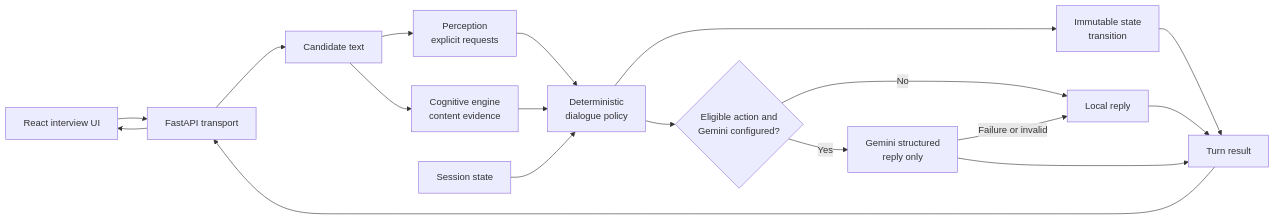
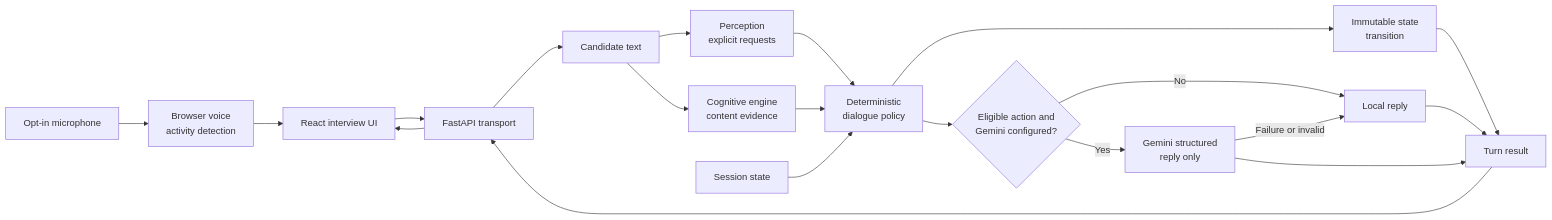
One commit to koalaruu/multimodal-reasoning-companion changed the diagram in README.md. Above: the diagram before and after it, drawn with Mermaid. The commit also changed other lines of this file and 9 other files, not shown here.

````diff
--- a/README.md
+++ b/README.md
@@ -15,20 +15,22 @@
 ```mermaid
 flowchart LR
+    M[Opt-in microphone] --> N[Browser voice<br/>activity detection]
+    N --> L
     L[React interview UI] --> K[FastAPI transport]
     K --> A[Candidate text]
     A --> B[Perception<br/>explicit requests]
     A --> C[Cognitive engine<br/>content evidence]
     B --> D[Deterministic<br/>dialogue policy]
     C --> D
     E[Session state] --> D
     D --> F[Immutable state<br/>transition]
     D --> G{Eligible action and<br/>Gemini configured?}
     G -->|No| H[Local reply]
     G -->|Yes| I[Gemini structured<br/>reply only]
     I -->|Failure or invalid| H
     F --> J[Turn result]
     H --> J
     I --> J
     J --> K
     K --> L
 ```
````
